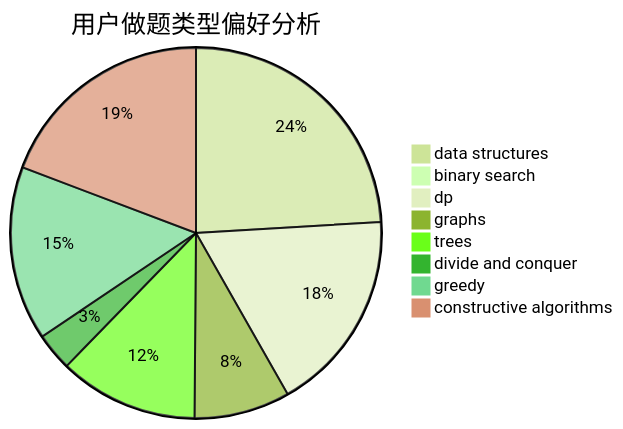
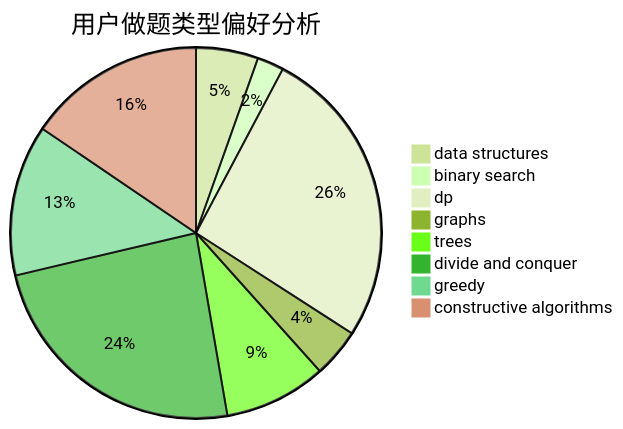
Before and after one commit to sherpahu/cfrs.github.io: the second of 3 diagrams in docs/user/u407.md, drawn with Mermaid (forest theme). The commit also changed other lines of this file and 2770 other files, not shown here.

````diff
--- a/docs/user/u407.md
+++ b/docs/user/u407.md
@@ -23,11 +23,11 @@
 ```mermaid
 pie title 用户做题类型偏好分析
-    "data structures" :  95
-    "binary search" :  1
-    "dp" :  70
-    "graphs" :  33
-    "trees" :  48
-    "divide and conquer" :  13
-    "greedy" :  60
-    "constructive algorithms" :  76
+    "data structures" :  14
+    "binary search" :  6
+    "dp" :  68
+    "graphs" :  11
+    "trees" :  23
+    "divide and conquer" :  62
+    "greedy" :  34
+    "constructive algorithms" :  40
 ```
````
